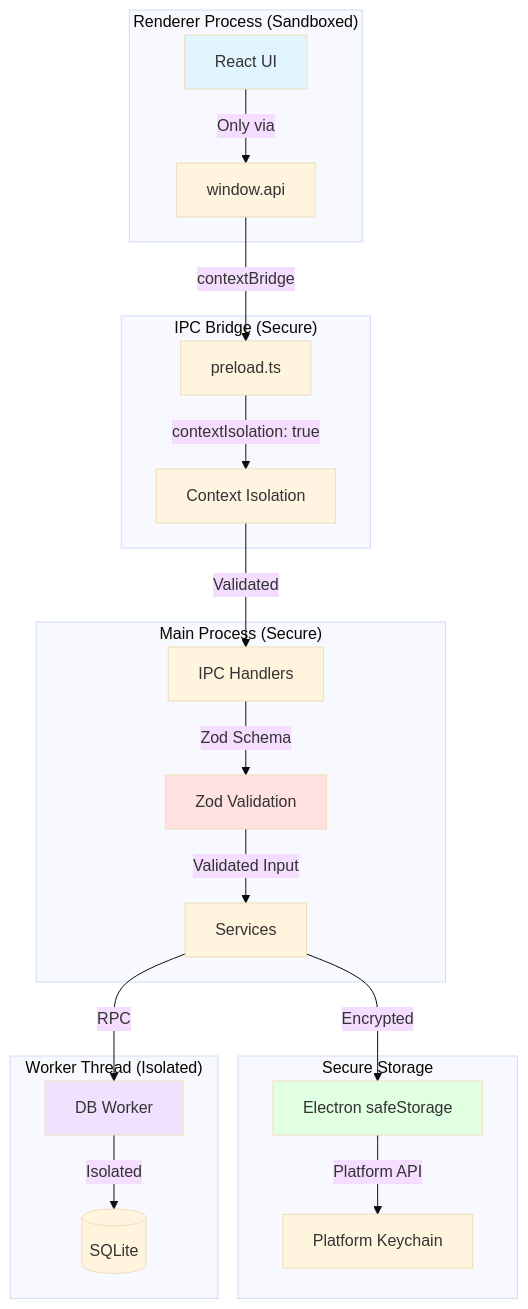
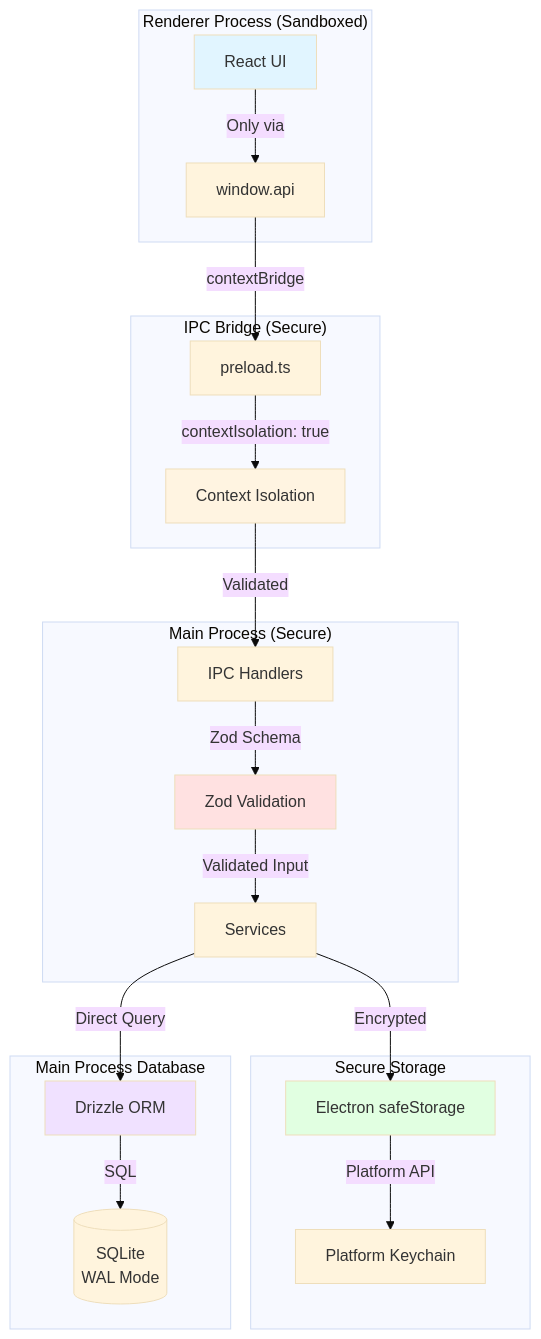
One commit to KazeKaze93/RuleDesk changed the fifth of 11 diagrams in docs/architecture.md. Above: the diagram before and after it, drawn with Mermaid (base theme). The commit also changed other lines of this file and 5 other files, not shown here.

First line of the commit message:
chore: update documentation and architecture for database access changes

````diff
--- a/docs/architecture.md
+++ b/docs/architecture.md
@@ -349,45 +317,45 @@
 ```mermaid
 graph TB
     subgraph "Renderer Process (Sandboxed)"
         ReactUI[React UI]
         BridgeAPI[window.api]
     end
 
     subgraph "IPC Bridge (Secure)"
         Preload[preload.ts]
         ContextIsolation[Context Isolation]
     end
 
     subgraph "Main Process (Secure)"
         IPCHandlers[IPC Handlers]
         ZodValidation[Zod Validation]
         Services[Services]
     end
 
     subgraph "Secure Storage"
         SafeStorage[Electron safeStorage]
         Keychain[Platform Keychain]
     end
 
-    subgraph "Worker Thread (Isolated)"
-        DBWorker[DB Worker]
-        SQLite[(SQLite)]
+    subgraph "Main Process Database"
+        DrizzleORM[Drizzle ORM]
+        SQLite[(SQLite<br/>WAL Mode)]
     end
 
     ReactUI -->|Only via| BridgeAPI
     BridgeAPI -->|contextBridge| Preload
     Preload -->|contextIsolation: true| ContextIsolation
     ContextIsolation -->|Validated| IPCHandlers
     IPCHandlers -->|Zod Schema| ZodValidation
     ZodValidation -->|Validated Input| Services
     Services -->|Encrypted| SafeStorage
     SafeStorage -->|Platform API| Keychain
-    Services -->|RPC| DBWorker
-    DBWorker -->|Isolated| SQLite
+    Services -->|Direct Query| DrizzleORM
+    DrizzleORM -->|SQL| SQLite
 
     style ReactUI fill:#e1f5ff
     style ContextIsolation fill:#fff4e1
     style ZodValidation fill:#ffe1e1
     style SafeStorage fill:#e1ffe1
-    style DBWorker fill:#f0e1ff
+    style DrizzleORM fill:#f0e1ff
 ```
````
